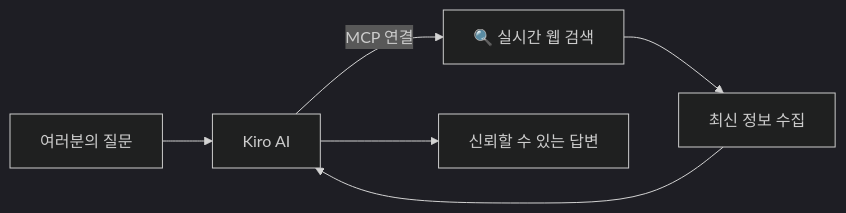
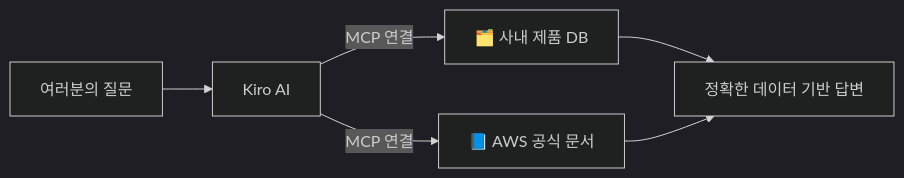
Before and after one commit to kshong05311129/lghh-kiro-workshop: the second of 2 diagrams in module5-mcp/README.md, drawn with Mermaid (dark theme). The commit also changed other lines of this file and 4 other files, not shown here.

First line of the commit message:
Module 6 MCP 실습을 웹 검색 대신 사내 제품 DB + AWS 문서 조회로 변경

````diff
--- a/module5-mcp/README.md
+++ b/module5-mcp/README.md
@@ -38,8 +42,8 @@
 ```mermaid
 graph LR
     A[여러분의 질문] --> B[Kiro AI]
-    B -->|MCP 연결| C[🔍 실시간 웹 검색]
-    C --> D[최신 정보 수집]
-    D --> B
-    B --> E[신뢰할 수 있는 답변]
+    B -->|MCP 연결| C[🗂️ 사내 제품 DB]
+    B -->|MCP 연결| D[📘 AWS 공식 문서]
+    C --> E[정확한 데이터 기반 답변]
+    D --> E
 ```
````
